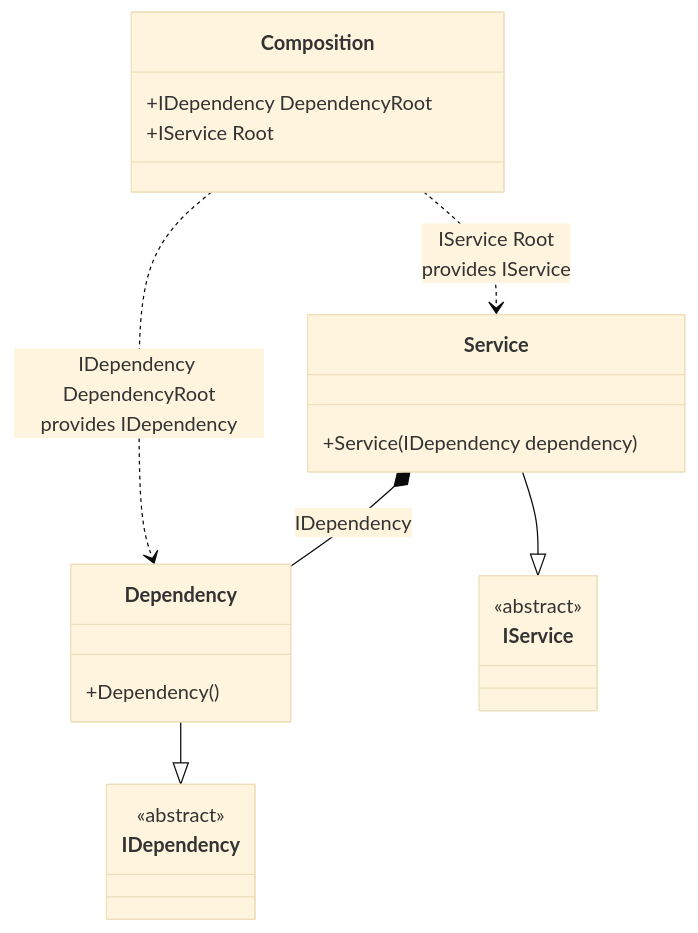
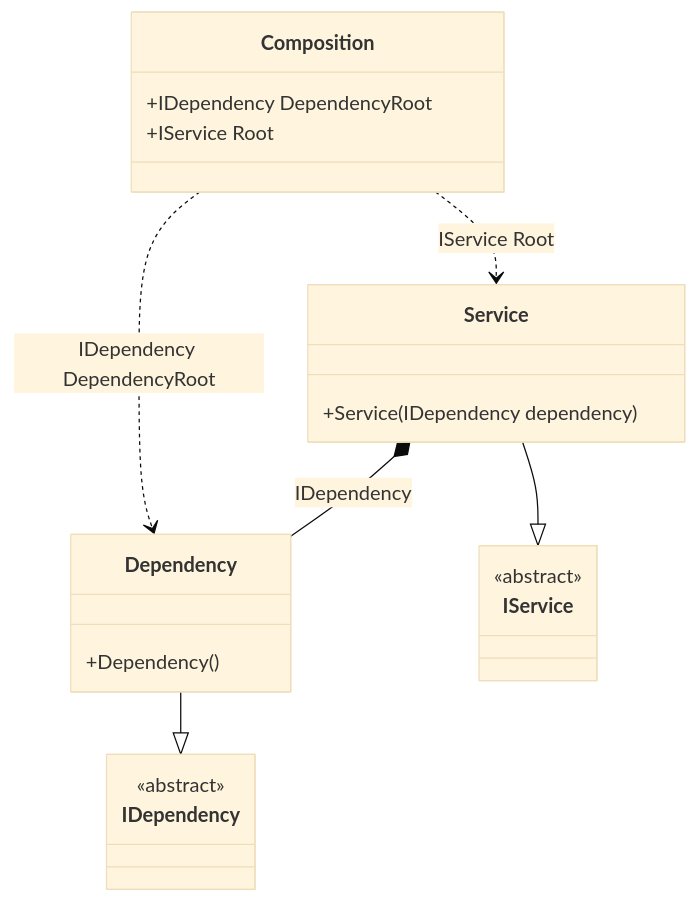
One commit to DevTeam/Pure.DI changed the diagram in readme/resolve-hint.md. Above: the diagram before and after it, drawn with Mermaid (base theme). The commit also changed other lines of this file and 74 other files, not shown here.

````diff
--- a/readme/resolve-hint.md
+++ b/readme/resolve-hint.md
@@ -34,24 +34,24 @@
 ```mermaid
 classDiagram
   class Composition {
     +IDependency DependencyRoot
     +IService Root
   }
   Dependency --|> IDependency : 
   class Dependency {
     +Dependency()
   }
   Service --|> IService : 
   class Service {
     +Service(IDependency dependency)
   }
   class IDependency {
     <<abstract>>
   }
   class IService {
     <<abstract>>
   }
   Service *--  Dependency : IDependency
-  Composition ..> Dependency : IDependency DependencyRoot<br/>provides IDependency
-  Composition ..> Service : IService Root<br/>provides IService
+  Composition ..> Dependency : IDependency DependencyRoot
+  Composition ..> Service : IService Root
 ```
````
